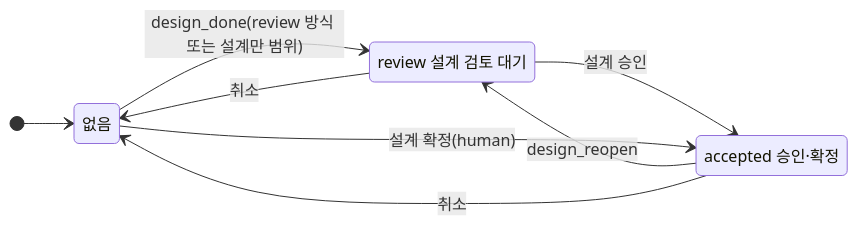
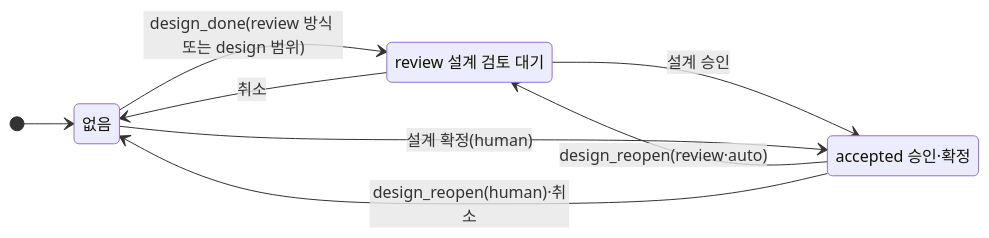
The third of 3 diagrams in docs/superpowers/specs/2026-09-26-design-state-dev-auto-design.md (donseok/wbs-web), drawn with Mermaid before and after one commit. The commit also changed other lines of this file, not shown here.

````diff
--- a/docs/superpowers/specs/2026-09-26-design-state-dev-auto-design.md
+++ b/docs/superpowers/specs/2026-09-26-design-state-dev-auto-design.md
@@ -146,14 +158,14 @@
 ```mermaid
 stateDiagram-v2
     direction LR
     none: 없음
     review: review 설계 검토 대기
     accepted: accepted 승인·확정
     [*] --> none
-    none --> review: design_done(review 방식 또는 설계만 범위)
+    none --> review: design_done(review 방식 또는 design 범위)
     review --> accepted: 설계 승인
     none --> accepted: 설계 확정(human)
-    accepted --> review: design_reopen
-    accepted --> none: 취소
+    accepted --> review: design_reopen(review·auto)
+    accepted --> none: design_reopen(human)·취소
     review --> none: 취소
 ```
````
